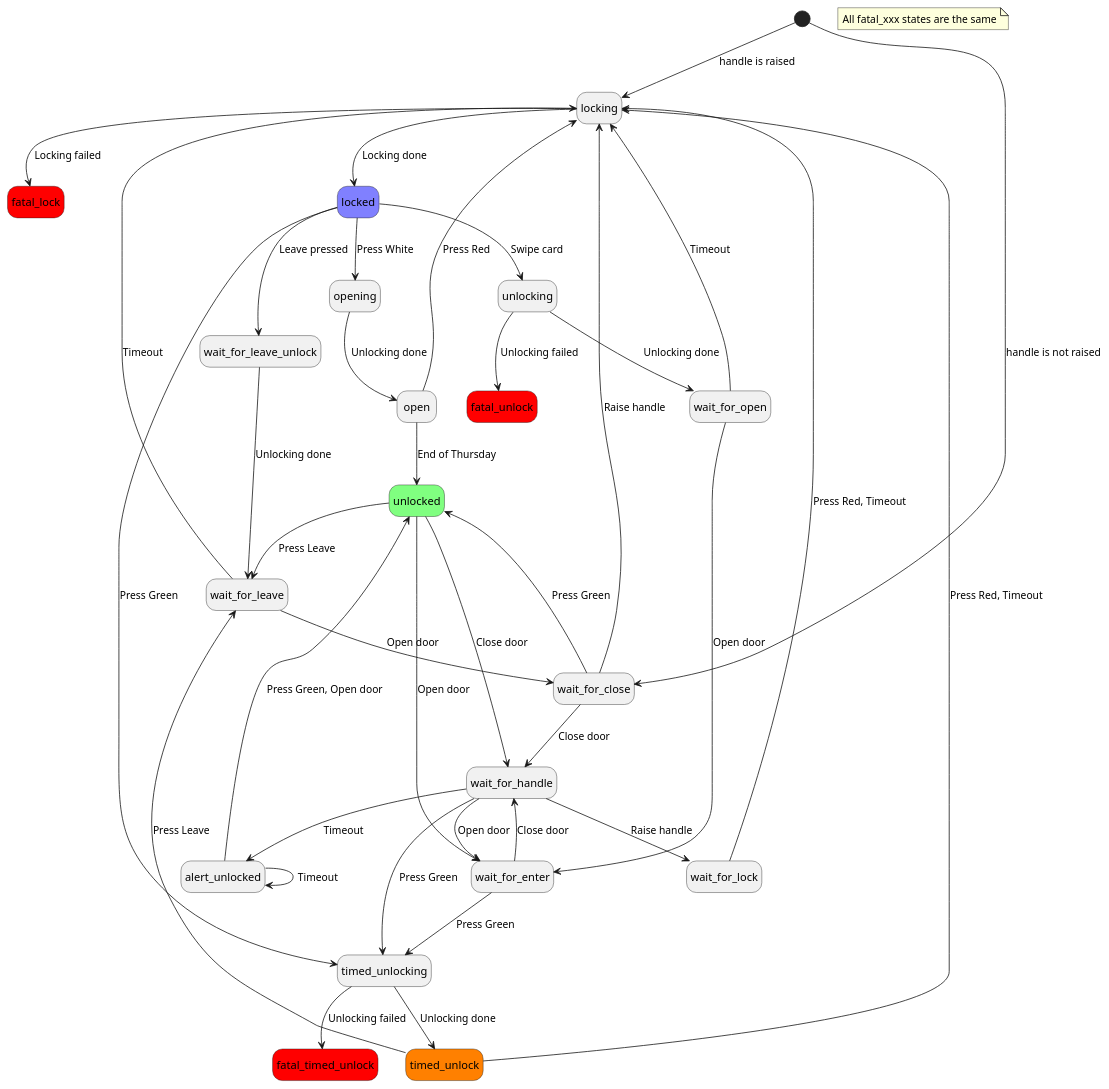
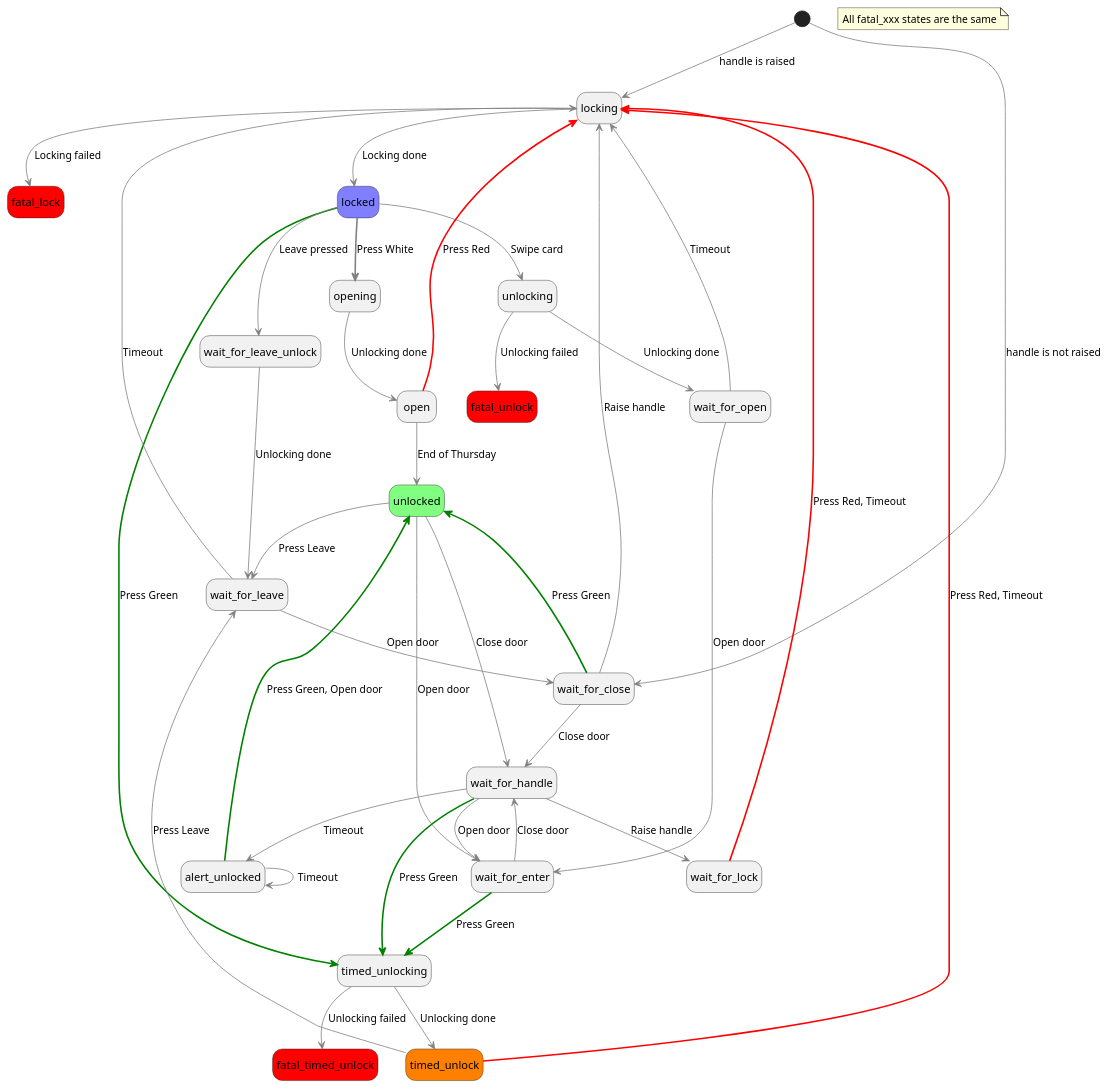
Before and after one commit to bullestock/acsv2: the diagram in ui/states.plantuml, drawn with PlantUML.

Commit message:
Use more colours.

```diff
--- a/ui/states.plantuml
+++ b/ui/states.plantuml
@@ -1,51 +1,59 @@
 @startuml
 hide empty description
+
+<style>
+stateDiagram {
+  arrow {
+    LineColor Gray
+  }
+}
+</style>
 
 state fatal_lock #ff0000
 state fatal_unlock #ff0000
 state fatal_timed_unlock #ff0000
 
 note "All fatal_xxx states are the same" as fatal_note
 
 state locked #8080ff
 state unlocked #80ff80
 state timed_unlock #ff8000
 
 [*] --> locking: handle is raised
 [*] --> wait_for_close: handle is not raised
 alert_unlocked --> alert_unlocked: Timeout
-alert_unlocked --> unlocked: Press Green, Open door
-locked --> opening: Press White
-locked --> timed_unlocking: Press Green
+alert_unlocked -[#green,bold]-> unlocked: Press Green, Open door
+locked -[#gray,bold]-> opening: Press White
+locked -[#green,bold]-> timed_unlocking: Press Green
 locked --> unlocking: Swipe card
 locked --> wait_for_leave_unlock: Leave pressed
 locking --> fatal_lock: Locking failed
 locking --> locked: Locking done
-open --> locking: Press Red
+open -[#red,bold]-> locking: Press Red
 open --> unlocked: End of Thursday
 opening --> open: Unlocking done
-timed_unlock --> locking: Press Red, Timeout
+timed_unlock -[#red,bold]-> locking: Press Red, Timeout
 timed_unlock --> wait_for_leave: Press Leave
 timed_unlocking --> fatal_timed_unlock: Unlocking failed
 timed_unlocking --> timed_unlock: Unlocking done
 unlocked --> wait_for_enter: Open door
 unlocked --> wait_for_handle: Close door
 unlocked --> wait_for_leave: Press Leave
 unlocking --> fatal_unlock: Unlocking failed
 unlocking --> wait_for_open: Unlocking done
 wait_for_close --> locking: Raise handle
-wait_for_close --> unlocked: Press Green
+wait_for_close -[#green,bold]-> unlocked: Press Green
 wait_for_close --> wait_for_handle: Close door
-wait_for_enter --> timed_unlocking: Press Green
+wait_for_enter -[#green,bold]-> timed_unlocking: Press Green
 wait_for_enter --> wait_for_handle: Close door
 wait_for_handle --> alert_unlocked: Timeout
-wait_for_handle --> timed_unlocking: Press Green
+wait_for_handle -[#green,bold]-> timed_unlocking: Press Green
 wait_for_handle --> wait_for_enter: Open door
 wait_for_handle --> wait_for_lock: Raise handle
 wait_for_leave --> locking: Timeout
 wait_for_leave --> wait_for_close: Open door
 wait_for_leave_unlock --> wait_for_leave: Unlocking done
-wait_for_lock --> locking: Press Red, Timeout
+wait_for_lock -[#red,bold]-> locking: Press Red, Timeout
 wait_for_open --> locking: Timeout
 wait_for_open --> wait_for_enter: Open door
 @enduml
```
